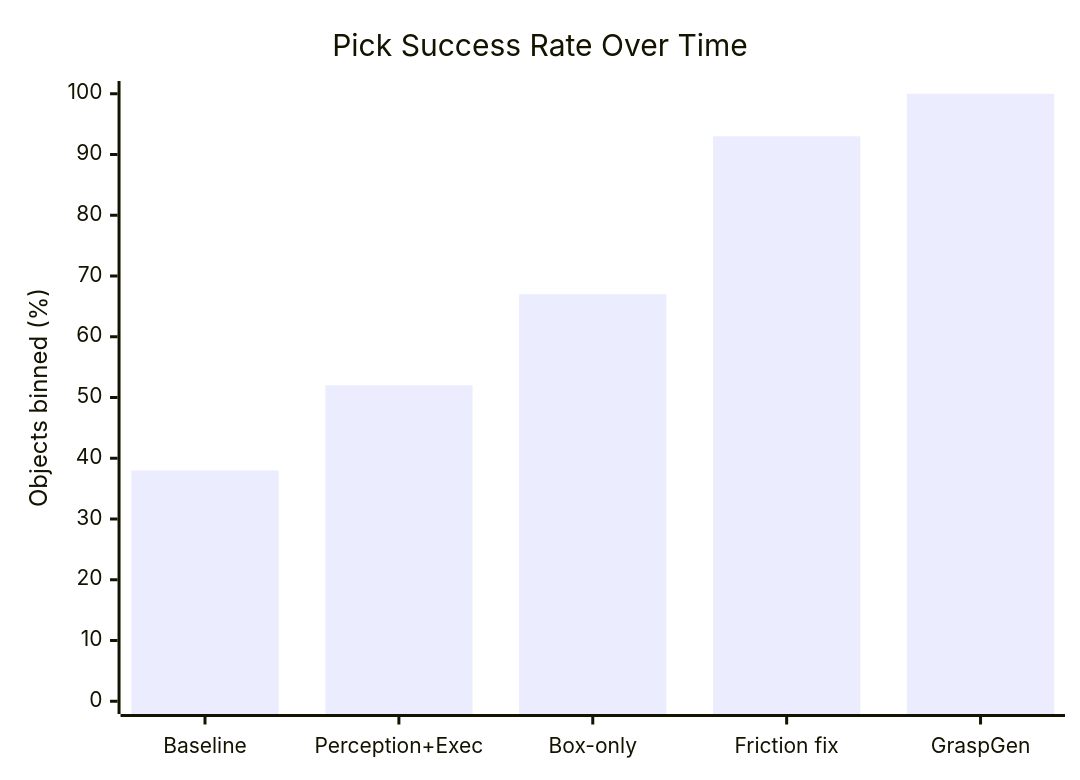
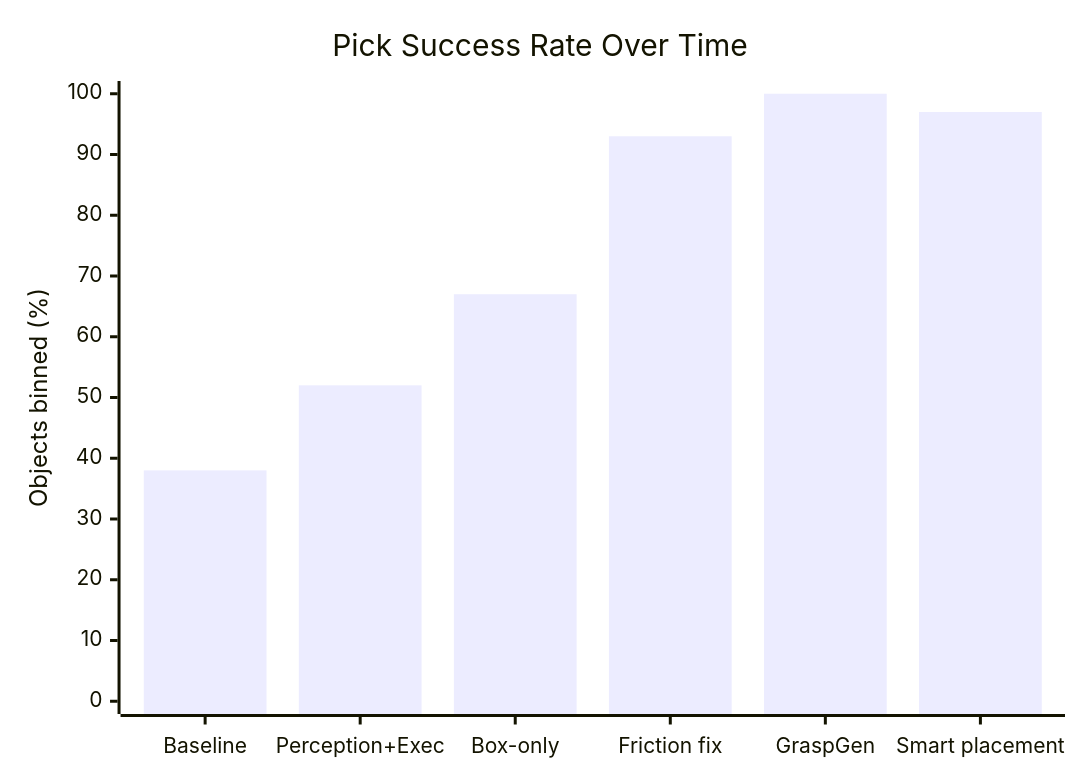
One commit to VivekSai07/ContactPilot changed the second of 2 diagrams in README.md. Above: the diagram before and after it, drawn with Mermaid. The commit also changed other lines of this file and 1 other file, not shown here.

Commit message:
Record intelligent-placement benchmark results

````diff
--- a/README.md
+++ b/README.md
@@ -143,7 +143,7 @@
 ```mermaid
 xychart-beta
     title "Pick Success Rate Over Time"
-    x-axis ["Baseline", "Perception+Exec", "Box-only", "Friction fix", "GraspGen"]
+    x-axis ["Baseline", "Perception+Exec", "Box-only", "Friction fix", "GraspGen", "Smart placement"]
     y-axis "Objects binned (%)" 0 --> 100
-    bar [38, 52, 67, 93, 100]
+    bar [38, 52, 67, 93, 100, 97]
 ```
````
